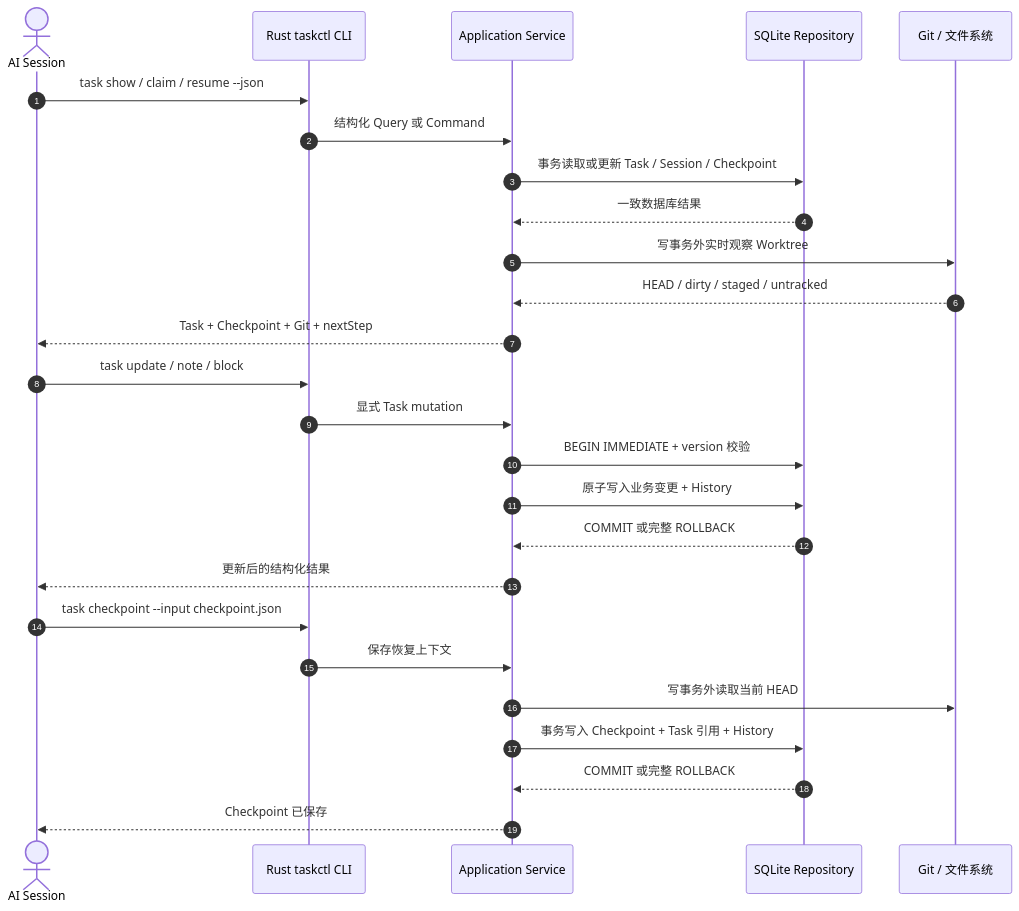
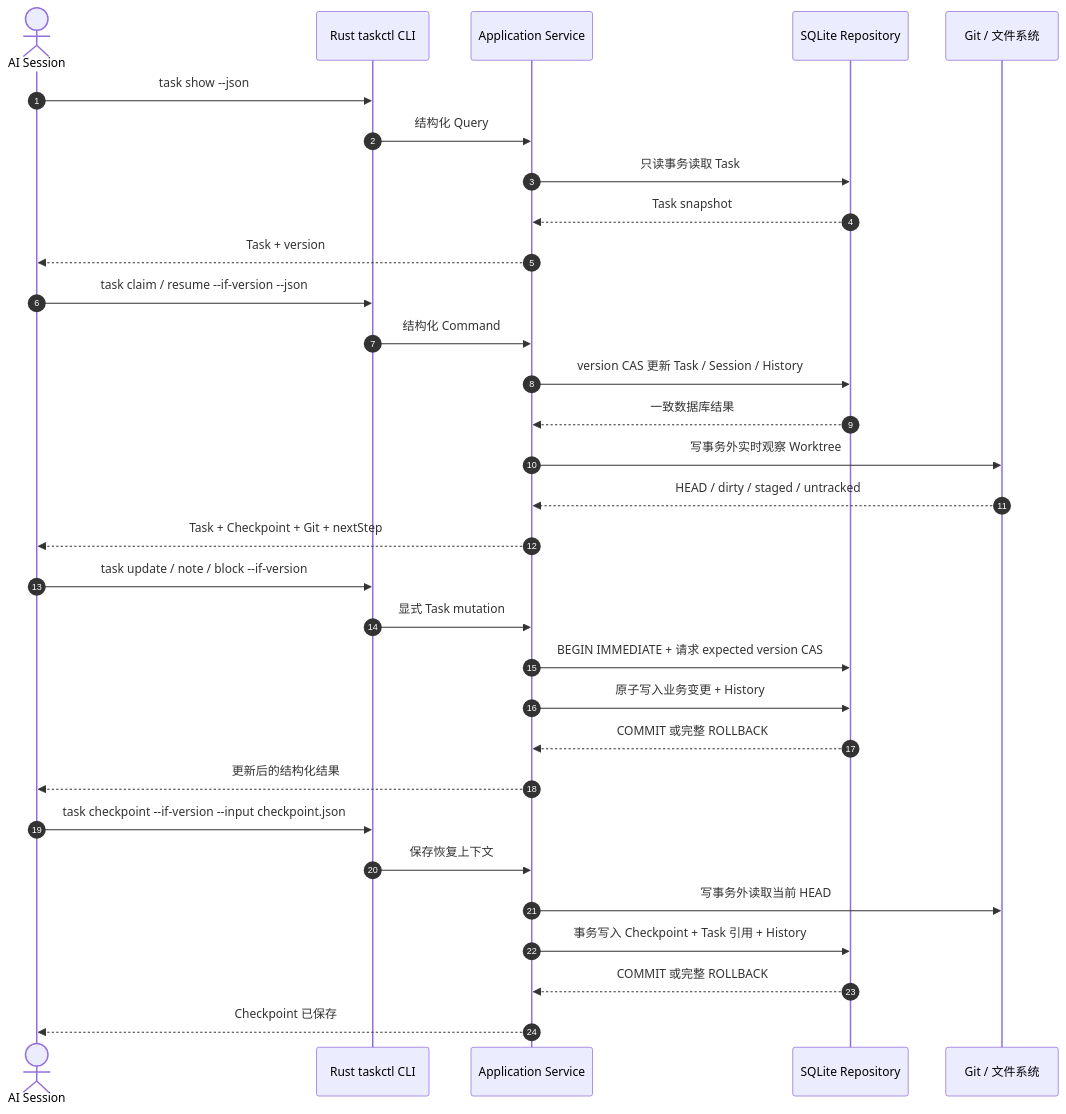
The third of 5 diagrams in docs/v0/10-架构与流程图.md (cecil-su/agent-steward), drawn with Mermaid before and after one commit. The commit also changed other lines of this file and 12 other files, not shown here.

````diff
--- a/docs/v0/10-架构与流程图.md
+++ b/docs/v0/10-架构与流程图.md
@@ -90,31 +91,36 @@
 ```mermaid
 sequenceDiagram
     autonumber
     actor AI as AI Session
     participant CLI as Rust taskctl CLI
     participant App as Application Service
     participant DB as SQLite Repository
     participant Git as Git / 文件系统
 
-    AI->>CLI: task show / claim / resume --json
-    CLI->>App: 结构化 Query 或 Command
-    App->>DB: 事务读取或更新 Task / Session / Checkpoint
+    AI->>CLI: task show --json
+    CLI->>App: 结构化 Query
+    App->>DB: 只读事务读取 Task
+    DB-->>App: Task snapshot
+    App-->>AI: Task + version
+    AI->>CLI: task claim / resume --if-version --json
+    CLI->>App: 结构化 Command
+    App->>DB: version CAS 更新 Task / Session / History
     DB-->>App: 一致数据库结果
     App->>Git: 写事务外实时观察 Worktree
     Git-->>App: HEAD / dirty / staged / untracked
     App-->>AI: Task + Checkpoint + Git + nextStep
 
-    AI->>CLI: task update / note / block
+    AI->>CLI: task update / note / block --if-version
     CLI->>App: 显式 Task mutation
-    App->>DB: BEGIN IMMEDIATE + version 校验
+    App->>DB: BEGIN IMMEDIATE + 请求 expected version CAS
     App->>DB: 原子写入业务变更 + History
     DB-->>App: COMMIT 或完整 ROLLBACK
     App-->>AI: 更新后的结构化结果
 
-    AI->>CLI: task checkpoint --input checkpoint.json
+    AI->>CLI: task checkpoint --if-version --input checkpoint.json
     CLI->>App: 保存恢复上下文
     App->>Git: 写事务外读取当前 HEAD
     App->>DB: 事务写入 Checkpoint + Task 引用 + History
     DB-->>App: COMMIT 或完整 ROLLBACK
     App-->>AI: Checkpoint 已保存
 ```
````
